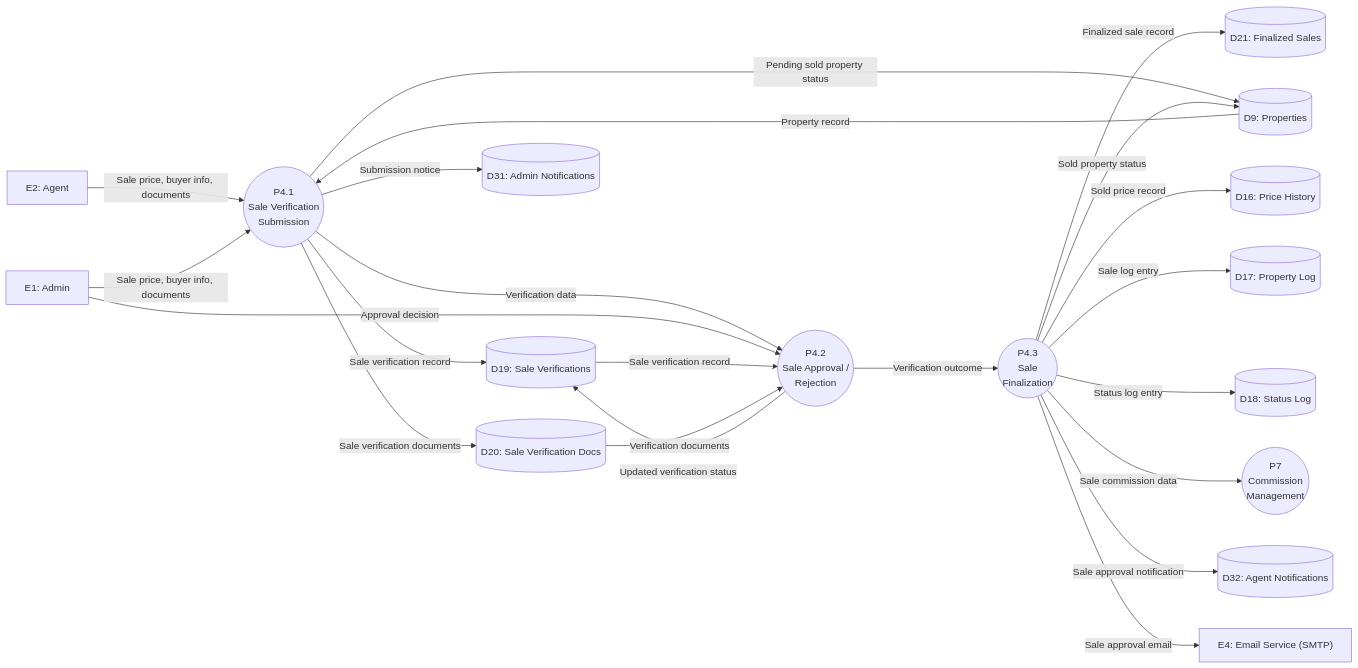
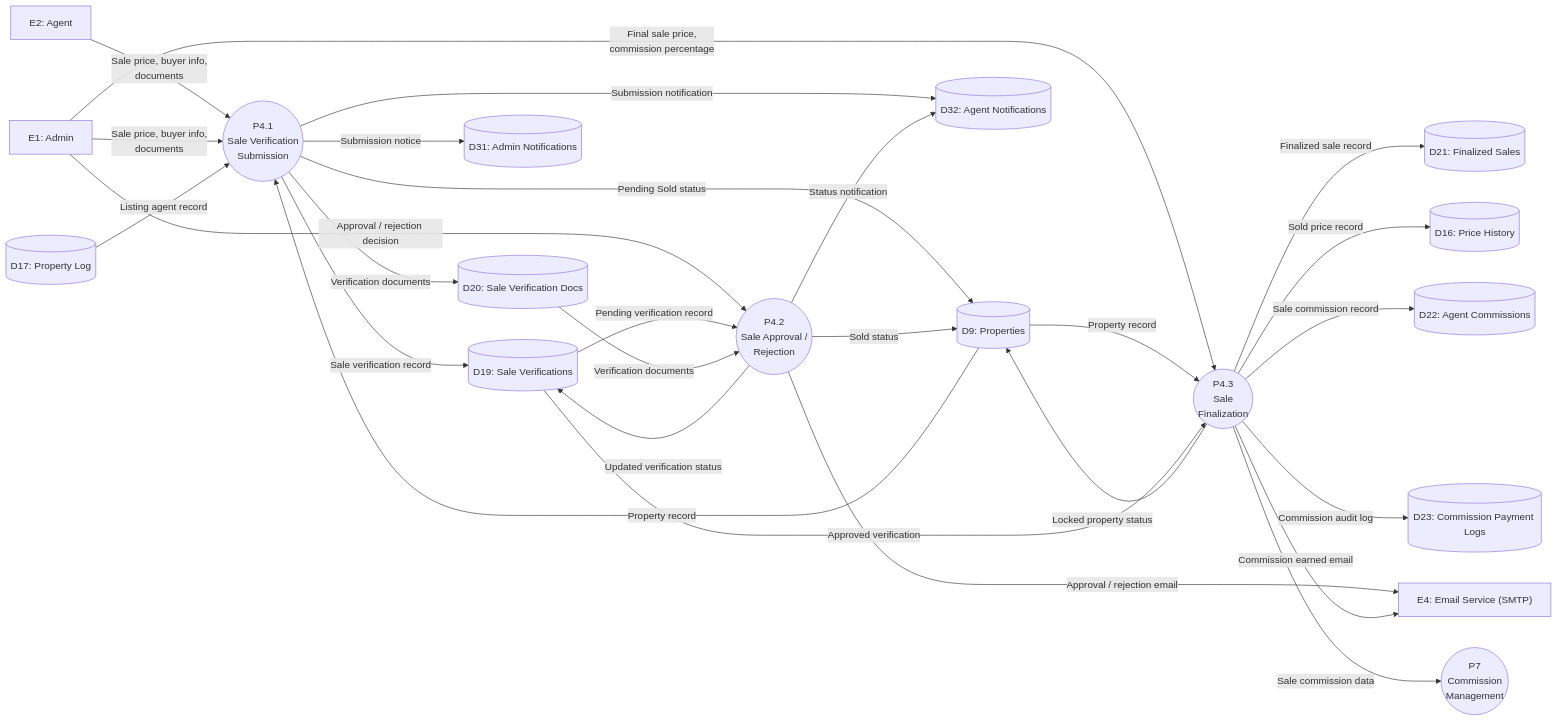
Diagram 17 of 25 in docs/DFD_Mermaid_Diagrams.md (2083262-lang/Capstone), drawn with Mermaid before and after one commit. The commit also changed other lines of this file and 13 other files, not shown here.

````diff
--- a/docs/DFD_Mermaid_Diagrams.md
+++ b/docs/DFD_Mermaid_Diagrams.md
@@ -357,40 +511,50 @@
 ```mermaid
 flowchart LR
     E1["E1: Admin"]
     E2["E2: Agent"]
     E4["E4: Email Service (SMTP)"]
     P7(("P7\nCommission\nManagement"))
     D9[("D9: Properties")]
     D16[("D16: Price History")]
     D17[("D17: Property Log")]
-    D18[("D18: Status Log")]
     D19[("D19: Sale Verifications")]
     D20[("D20: Sale Verification Docs")]
     D21[("D21: Finalized Sales")]
+    D22[("D22: Agent Commissions")]
+    D23[("D23: Commission Payment Logs")]
     D31[("D31: Admin Notifications")]
     D32[("D32: Agent Notifications")]
+
     P4_1(("P4.1\nSale Verification\nSubmission"))
     P4_2(("P4.2\nSale Approval /\nRejection"))
     P4_3(("P4.3\nSale\nFinalization"))
-    E2 -->|"Sale price, buyer info, documents"| P4_1
-    E1 -->|"Sale price, buyer info, documents"| P4_1
+
+    E2 -->|"Sale price, buyer info,\ndocuments"| P4_1
+    E1 -->|"Sale price, buyer info,\ndocuments"| P4_1
     D9 -->|"Property record"| P4_1
+    D17 -->|"Listing agent record"| P4_1
     P4_1 -->|"Sale verification record"| D19
-    P4_1 -->|"Sale verification documents"| D20
-    P4_1 -->|"Pending sold property status"| D9
+    P4_1 -->|"Verification documents"| D20
+    P4_1 -->|"Pending Sold status"| D9
     P4_1 -->|"Submission notice"| D31
-    P4_1 -->|"Verification data"| P4_2
-    E1 -->|"Approval decision"| P4_2
-    D19 -->|"Sale verification record"| P4_2
+    P4_1 -->|"Submission notification"| D32
+
+    E1 -->|"Approval / rejection decision"| P4_2
+    D19 -->|"Pending verification record"| P4_2
     D20 -->|"Verification documents"| P4_2
     P4_2 -->|"Updated verification status"| D19
-    P4_2 -->|"Verification outcome"| P4_3
+    P4_2 -->|"Sold status"| D9
+    P4_2 -->|"Status notification"| D32
+    P4_2 -->|"Approval / rejection email"| E4
+
+    E1 -->|"Final sale price,\ncommission percentage"| P4_3
+    D9 -->|"Property record"| P4_3
+    D19 -->|"Approved verification"| P4_3
     P4_3 -->|"Finalized sale record"| D21
-    P4_3 -->|"Sold property status"| D9
+    P4_3 -->|"Locked property status"| D9
     P4_3 -->|"Sold price record"| D16
-    P4_3 -->|"Sale log entry"| D17
-    P4_3 -->|"Status log entry"| D18
+    P4_3 -->|"Sale commission record"| D22
+    P4_3 -->|"Commission audit log"| D23
+    P4_3 -->|"Commission earned email"| E4
     P4_3 -->|"Sale commission data"| P7
-    P4_3 -->|"Sale approval notification"| D32
-    P4_3 -->|"Sale approval email"| E4
 ```
````
